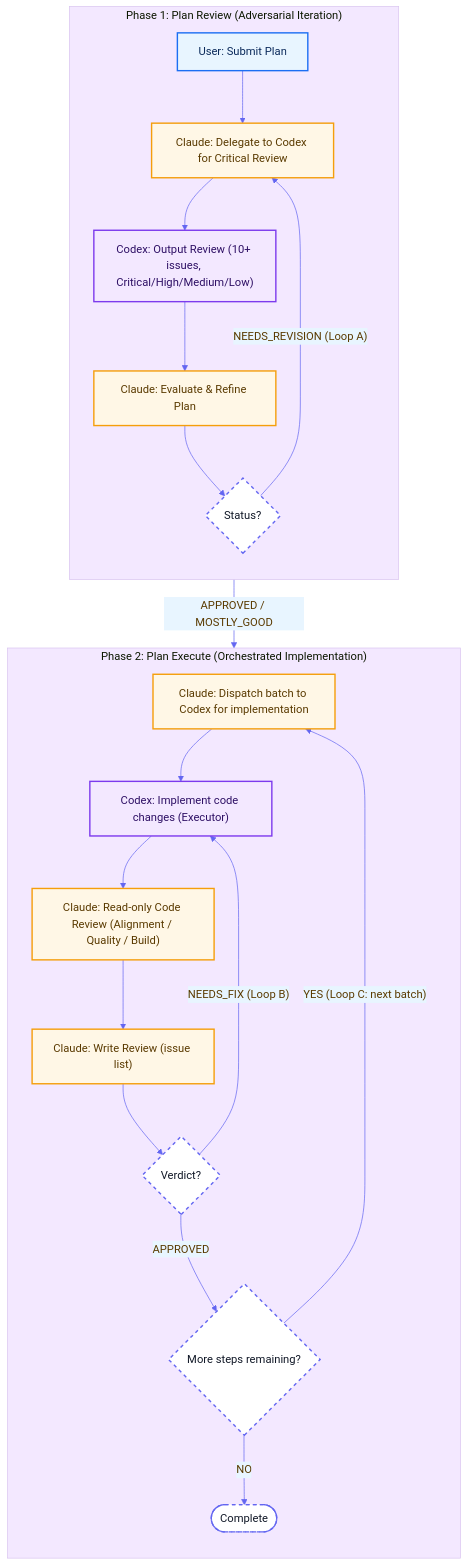
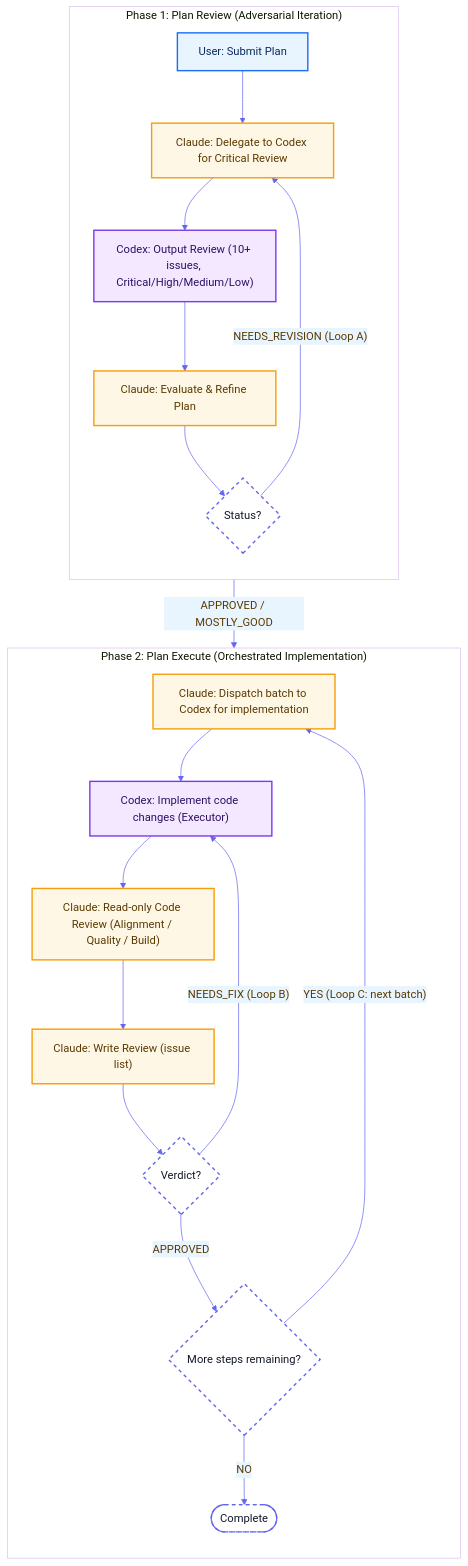
The diagram in README.md (longranger2/claude-gpt-workflow), drawn with Mermaid before and after one commit. The commit also changed 1 other file, not shown here.

Commit message:
docs: fix mermaid subgraph background transparency
Add 'clusterBkg: transparent' to themeVariables to remove
pink background from subgraph containers.

````diff
--- a/README.md
+++ b/README.md
@@ -63,43 +63,43 @@
 ```mermaid
-%%{init: {'theme': 'base', 'themeVariables': { 'background': 'transparent', 'primaryColor': '#FFF7E6', 'primaryTextColor': '#5A3A00', 'primaryBorderColor': '#F59E0B', 'lineColor': '#6366F1', 'secondaryColor': '#E8F5FF', 'tertiaryColor': '#F3E8FF'}}}%%
+%%{init: {'theme': 'base', 'themeVariables': { 'clusterBkg': 'transparent', 'background': 'transparent', 'primaryColor': '#FFF7E6', 'primaryTextColor': '#5A3A00', 'primaryBorderColor': '#F59E0B', 'lineColor': '#6366F1', 'secondaryColor': '#E8F5FF', 'tertiaryColor': '#F3E8FF'}}}%%
 flowchart TB
   %% ---------- Styles ----------
   classDef user fill:#E8F5FF,stroke:#1B6EF3,stroke-width:2px,color:#0B2A5B,stroke-dasharray: 0;
   classDef claude fill:#FFF7E6,stroke:#F59E0B,stroke-width:2px,color:#5A3A00,stroke-dasharray: 0;
   classDef codex fill:#F3E8FF,stroke:#7C3AED,stroke-width:2px,color:#2E1065,stroke-dasharray: 0;
   classDef decision fill:#FFFFFF,stroke:#6366F1,stroke-width:2px,color:#111827,stroke-dasharray: 5 5;
 
   %% ---------- Phase 1: Plan Review ----------
   subgraph P1["Phase 1: Plan Review (Adversarial Iteration)"]
     direction TB
     U1["User: Submit Plan"]:::user
     C1["Claude: Delegate to Codex for Critical Review"]:::claude
     X1["Codex: Output Review (10+ issues, Critical/High/Medium/Low)"]:::codex
     C2["Claude: Evaluate & Refine Plan"]:::claude
     D1{"Status?"}:::decision
 
     U1 --> C1 --> X1 --> C2 --> D1
     D1 -- "NEEDS_REVISION (Loop A)" --> C1
   end
 
   %% ---------- Phase 2: Plan Execute ----------
   subgraph P2["Phase 2: Plan Execute (Orchestrated Implementation)"]
     direction TB
     C3["Claude: Dispatch batch to Codex for implementation"]:::claude
     X2["Codex: Implement code changes (Executor)"]:::codex
     C4["Claude: Read-only Code Review (Alignment / Quality / Build)"]:::claude
     C5["Claude: Write Review (issue list)"]:::claude
     D2{"Verdict?"}:::decision
     D3{"More steps remaining?"}:::decision
     Done([Complete]):::decision
 
     C3 --> X2 --> C4 --> C5 --> D2
     D2 -- "NEEDS_FIX (Loop B)" --> X2
     D2 -- "APPROVED" --> D3
     D3 -- "YES (Loop C: next batch)" --> C3
     D3 -- "NO" --> Done
   end
 
   %% ---------- Phase Transition ----------
   D1 -- "APPROVED / MOSTLY_GOOD" --> C3
 ```
````
